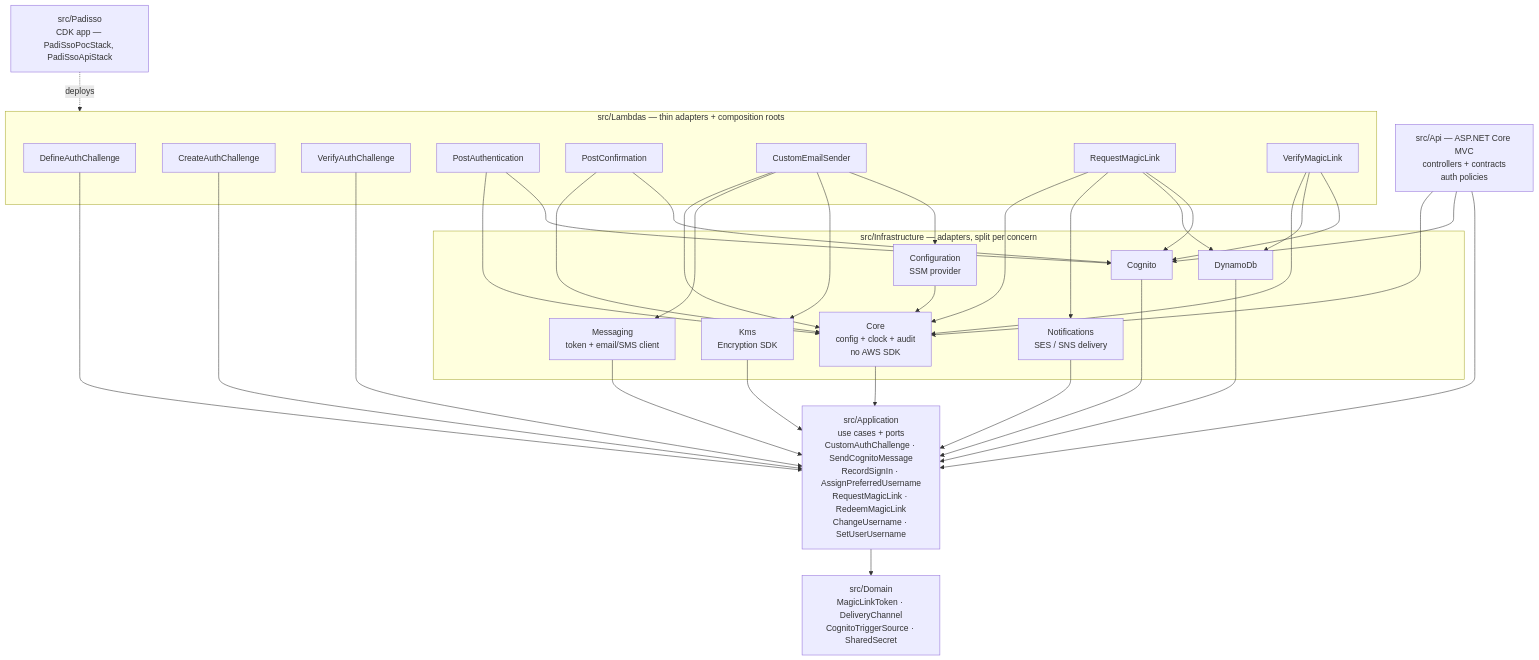
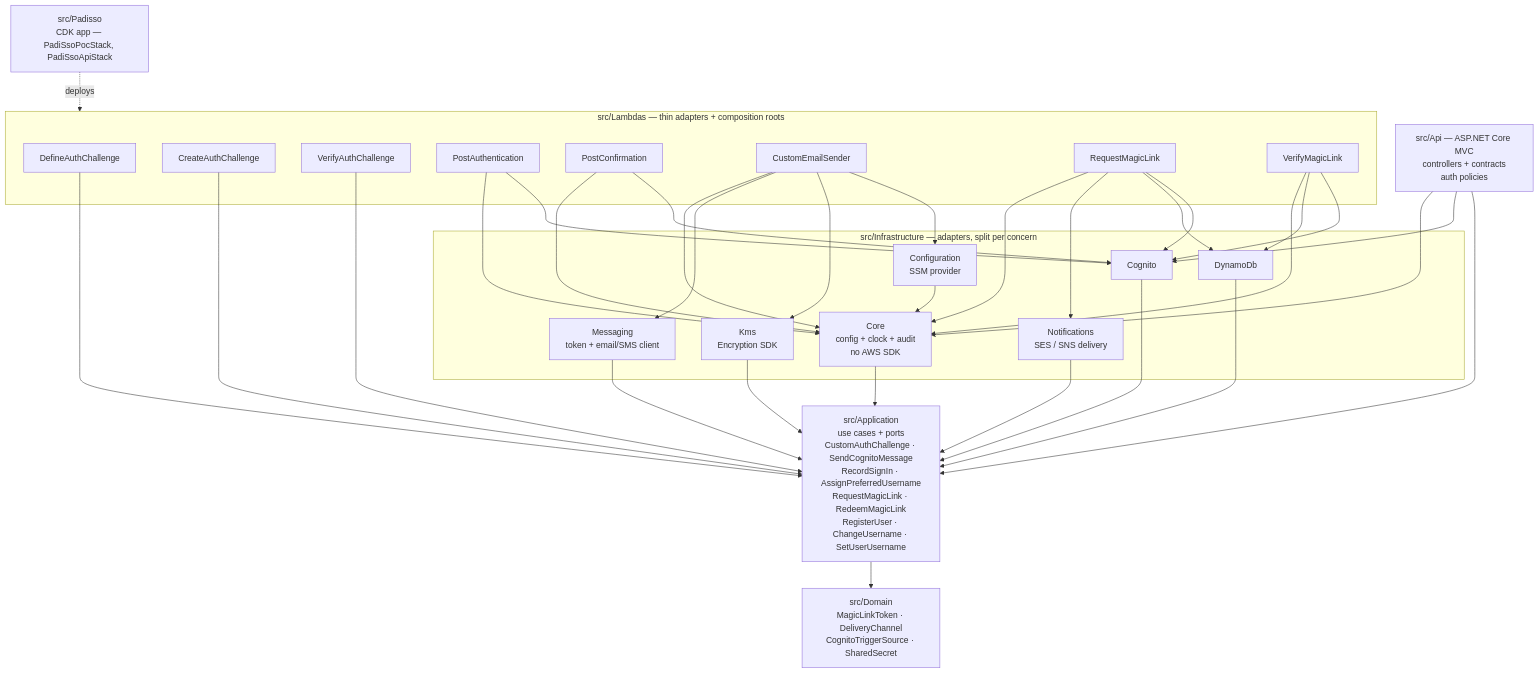
Before and after one commit to minhthanhnguyen/PADISSOPOC: the third of 5 diagrams in PADISSOPOC/docs/architecture.md, drawn with Mermaid. The commit also changed other lines of this file and 19 other files, not shown here.

````diff
--- a/PADISSOPOC/docs/architecture.md
+++ b/PADISSOPOC/docs/architecture.md
@@ -151,65 +151,65 @@
 ```mermaid
 flowchart TD
     WEBAPI["src/Api — ASP.NET Core MVC<br/>controllers + contracts<br/>auth policies"]
 
     subgraph lam["src/Lambdas — thin adapters + composition roots"]
         L1["DefineAuthChallenge"]
         L2["CreateAuthChallenge"]
         L3["VerifyAuthChallenge"]
         L4["PostAuthentication"]
         L8["PostConfirmation"]
         L5["CustomEmailSender"]
         L6["RequestMagicLink"]
         L7["VerifyMagicLink"]
     end
 
     subgraph infra["src/Infrastructure — adapters, split per concern"]
         ICore["Core<br/>config + clock + audit<br/>no AWS SDK"]
         ICfg["Configuration<br/>SSM provider"]
         ICog["Cognito"]
         IDdb["DynamoDb"]
         IKms["Kms<br/>Encryption SDK"]
         IMsg["Messaging<br/>token + email/SMS client"]
         INot["Notifications<br/>SES / SNS delivery"]
     end
 
-    APP["src/Application<br/>use cases + ports<br/>CustomAuthChallenge · SendCognitoMessage<br/>RecordSignIn · AssignPreferredUsername<br/>RequestMagicLink · RedeemMagicLink<br/>ChangeUsername · SetUserUsername"]
+    APP["src/Application<br/>use cases + ports<br/>CustomAuthChallenge · SendCognitoMessage<br/>RecordSignIn · AssignPreferredUsername<br/>RequestMagicLink · RedeemMagicLink<br/>RegisterUser · ChangeUsername · SetUserUsername"]
     DOM["src/Domain<br/>MagicLinkToken · DeliveryChannel<br/>CognitoTriggerSource · SharedSecret"]
 
     CDK["src/Padisso<br/>CDK app — PadiSsoPocStack, PadiSsoApiStack"]
 
     L1 --> APP
     L2 --> APP
     L3 --> APP
     L4 --> ICog
     L5 --> ICfg
     L5 --> IKms
     L5 --> IMsg
     L6 --> ICog
     L6 --> IDdb
     L6 --> INot
     L7 --> ICog
     L7 --> IDdb
 
     L8 --> ICog
     L8 --> ICore
     L4 --> ICore
     L5 --> ICore
     L6 --> ICore
     L7 --> ICore
 
     WEBAPI --> APP
     WEBAPI --> ICog
     WEBAPI --> ICore
 
     ICore --> APP
     ICfg --> ICore
     ICog --> APP
     IDdb --> APP
     IKms --> APP
     IMsg --> APP
     INot --> APP
     APP --> DOM
 
     CDK -.->|deploys| lam
 ```
````
